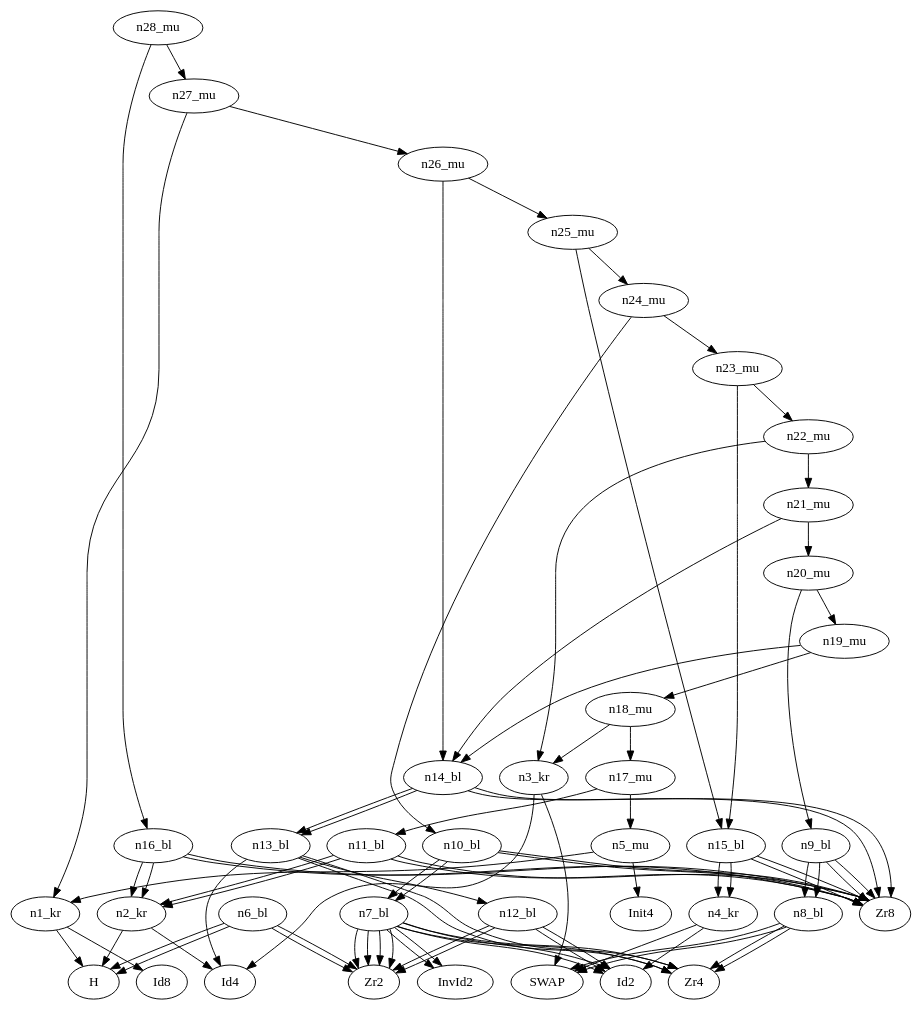
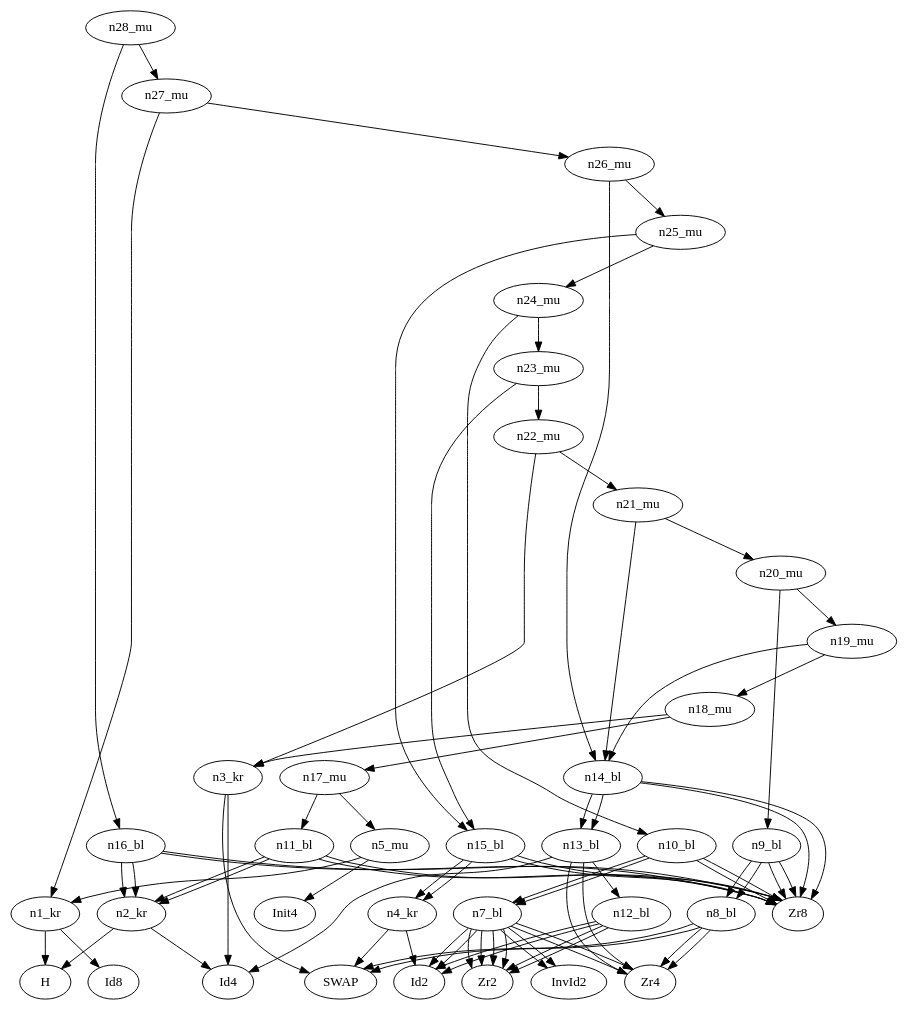
The diagram in quantum/simon/cnot_partitioned.dot (Kraks/playground), drawn with Graphviz before and after one commit. The commit also changed 2 other files, not shown here.

Commit message:
add dataflow graphs

```diff
--- a/quantum/simon/cnot_partitioned.dot
+++ b/quantum/simon/cnot_partitioned.dot
@@ -1,74 +1,74 @@
 digraph G {
  // x1 = Id1
  // x2 = Id8
  // x4 = Init(4)
  // x5 = Id2
  // x6 = Id4
  ordering="out"
  // CNOT = np.block([[Id2, Zr2],  [Zr2, InvId2]])
  //CNOT -> Id2, Zr2, Zr2, InvId2
 
  // x3 = kron(H, x2)
  n1_kr -> H, Id8
 
  // t6 = kron(H, x6)
  n2_kr -> H, Id4
 
  // t11 = kron(SWAP, x6)
  n3_kr -> SWAP, Id4
 
  // t12 = kron(SWAP, x5)
  n4_kr -> SWAP, Id2
 
  //x4 = matmul(x3, x4)
  n5_mu -> n1_kr, Init4
 
  // t1 = np.block([[H, Zr2], [Zr2, H]])
- n6_bl -> H, Zr2, Zr2, H
+ //n6_bl -> H, Zr2, Zr2, H
  // t2 = np.block([[CNOT, Zr4], [Zr4, CNOT]])
  // or n7_bl -> CNOT, Zr4, Zr4, CNOT
  n7_bl -> Id2, Zr2, Zr2, InvId2, Zr4, Zr4, Id2, Zr2, Zr2, InvId2
  // t3 = np.block([[SWAP, Zr4], [Zr4, SWAP]])
  n8_bl -> SWAP, Zr4, Zr4, SWAP
  // t4 = np.block([[t3, Zr8], [Zr8, t3]])
  n9_bl -> n8_bl, Zr8, Zr8, n8_bl
  // t5 = np.block([[t2, Zr8],  [Zr8, t2]])
  n10_bl -> n7_bl, Zr8, Zr8, n7_bl
  // t8 = np.block([[t6, Zr8],  [Zr8, t6]])
  n11_bl -> n2_kr, Zr8, Zr8, n2_kr
  // InvId4 = np.block([[Zr2, x5], [x5, Zr2]])
  n12_bl -> Zr2, Id2, Id2, Zr2
  // t9 = np.block([[Id4, Zr4],  [Zr4, InvId4]])
  n13_bl -> Id4, Zr4, Zr4, n12_bl
  // t10 = np.block([[t9, Zr8], [Zr8, t9]])
  n14_bl -> n13_bl, Zr8, Zr8, n13_bl
  // t13 = np.block([[t12, Zr8], [Zr8, t12]])
  n15_bl -> n4_kr, Zr8, Zr8, n4_kr
  // t15 = np.block([[t6, Zr8], [Zr8, t6]])
  n16_bl -> n2_kr, Zr8, Zr8, n2_kr
 
  // x4 = matmul(t8, x4)
  n17_mu -> n11_bl, n5_mu
  // x4 = matmul(t11, x4)
  n18_mu -> n3_kr, n17_mu
  // x4 = matmul(t10, x4)
  n19_mu -> n14_bl, n18_mu
  // x4 = matmul(t4, x4)
  n20_mu -> n9_bl, n19_mu
  // x4 = matmul(t10, x4)
  n21_mu -> n14_bl, n20_mu
  // x4 = matmul(t11, x4)
  n22_mu -> n3_kr, n21_mu
  // x4 = matmul(t13, x4)
  n23_mu -> n15_bl, n22_mu
  // x4 = matmul(t5 , x4)
  n24_mu -> n10_bl, n23_mu
  // x4 = matmul(t13, x4)
  n25_mu -> n15_bl, n24_mu
  // x4 = matmul(t10, x4)
  n26_mu -> n14_bl, n25_mu
  // x4 = matmul(x3, x4)
  n27_mu -> n1_kr, n26_mu
  // x4 = matmul(t15, x4)
  n28_mu -> n16_bl, n27_mu
 }
```
